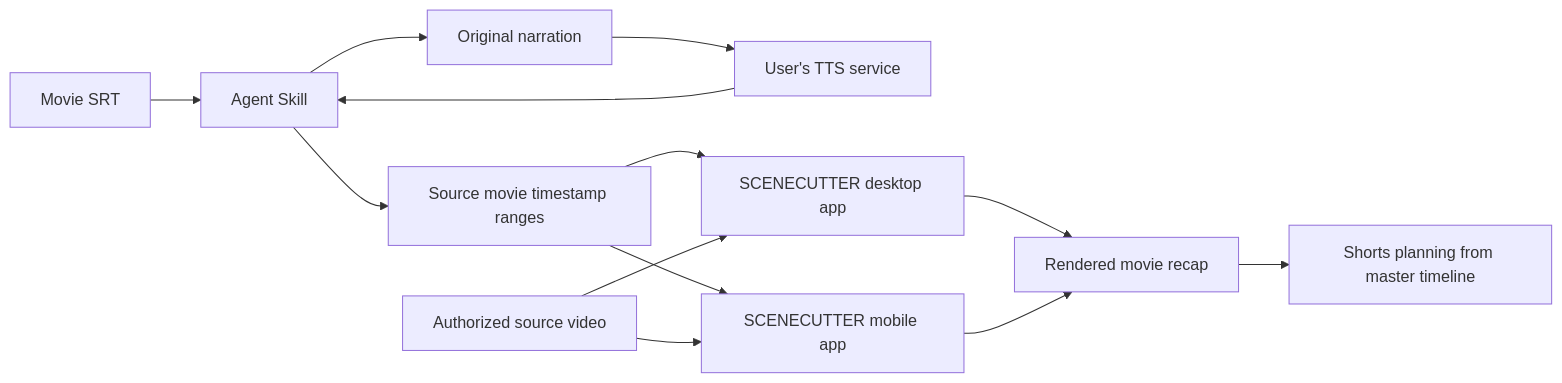
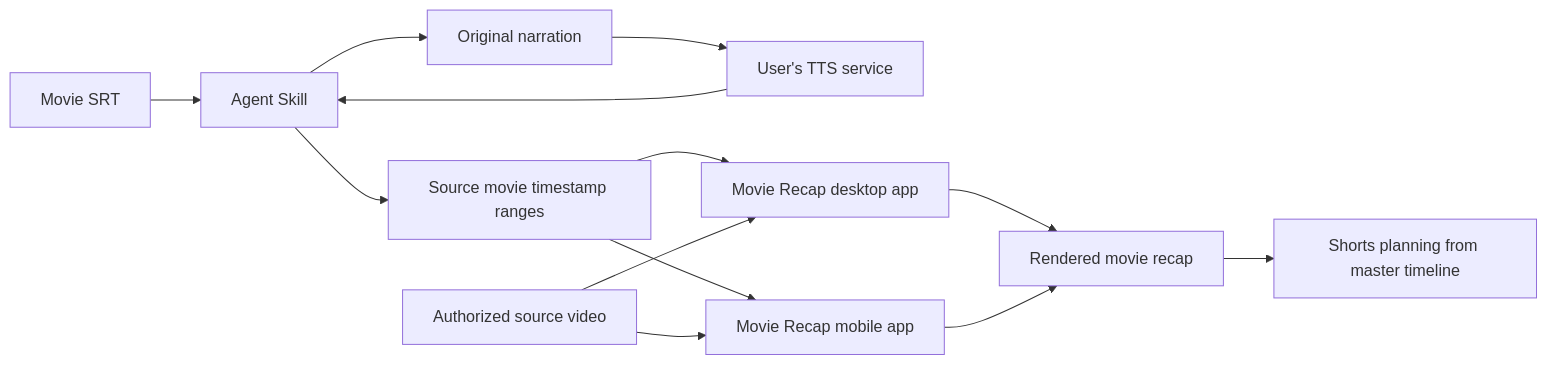
One commit to trykamran/movie-recap-studio changed the diagram in docs/PRODUCT-ARCHITECTURE.md. Above: the diagram before and after it, drawn with Mermaid. The commit also changed other lines of this file and 22 other files, not shown here.

Commit message:
feat: Remove all legacy SceneCutter references and replace Mermaid flow with clean Apple-style Canva workflow design

````diff
--- a/docs/PRODUCT-ARCHITECTURE.md
+++ b/docs/PRODUCT-ARCHITECTURE.md
@@ -11,15 +11,15 @@
 ```mermaid
 flowchart LR
   S[Movie SRT] --> A[Agent Skill]
   A --> N[Original narration]
   N --> T[User's TTS service]
   T --> A
   A --> R[Source movie timestamp ranges]
-  R --> D[SCENECUTTER desktop app]
-  R --> M[SCENECUTTER mobile app]
+  R --> D[Movie Recap desktop app]
+  R --> M[Movie Recap mobile app]
   V[Authorized source video] --> D
   V --> M
   D --> O[Rendered movie recap]
   M --> O
   O --> Q[Shorts planning from master timeline]
 ```
````
